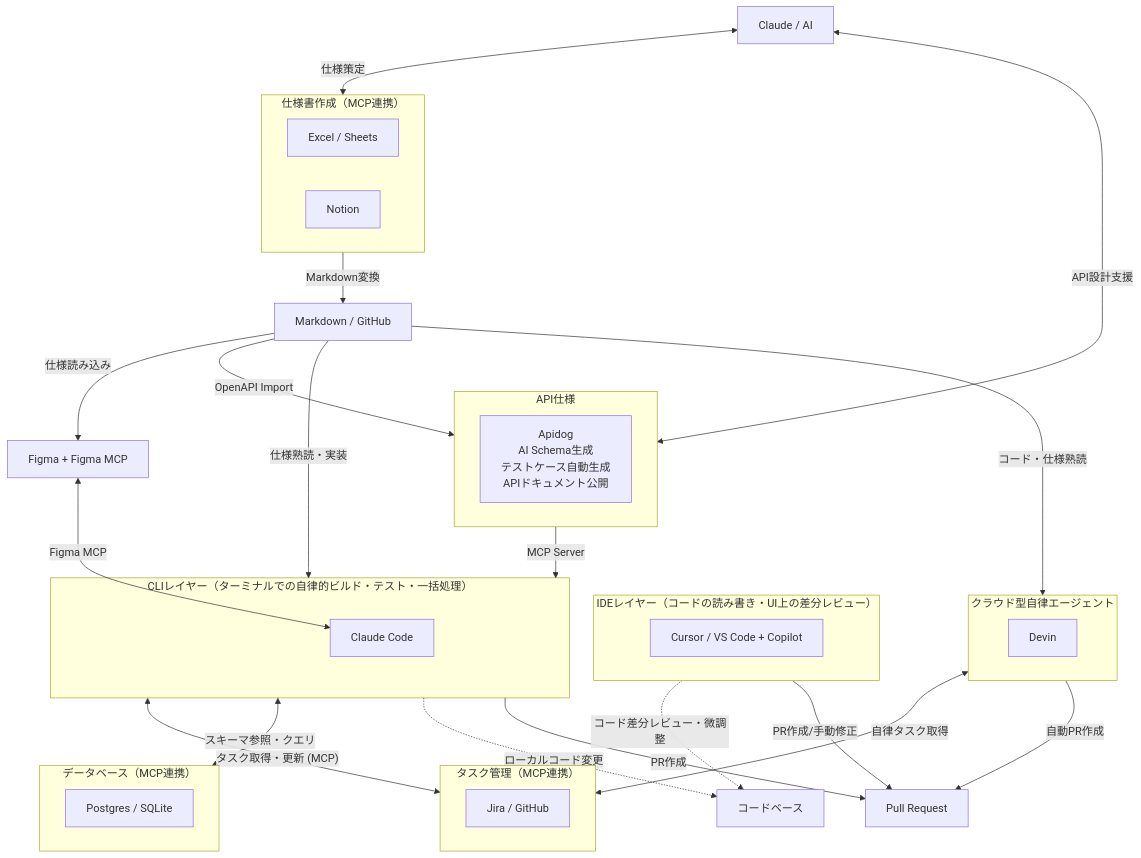
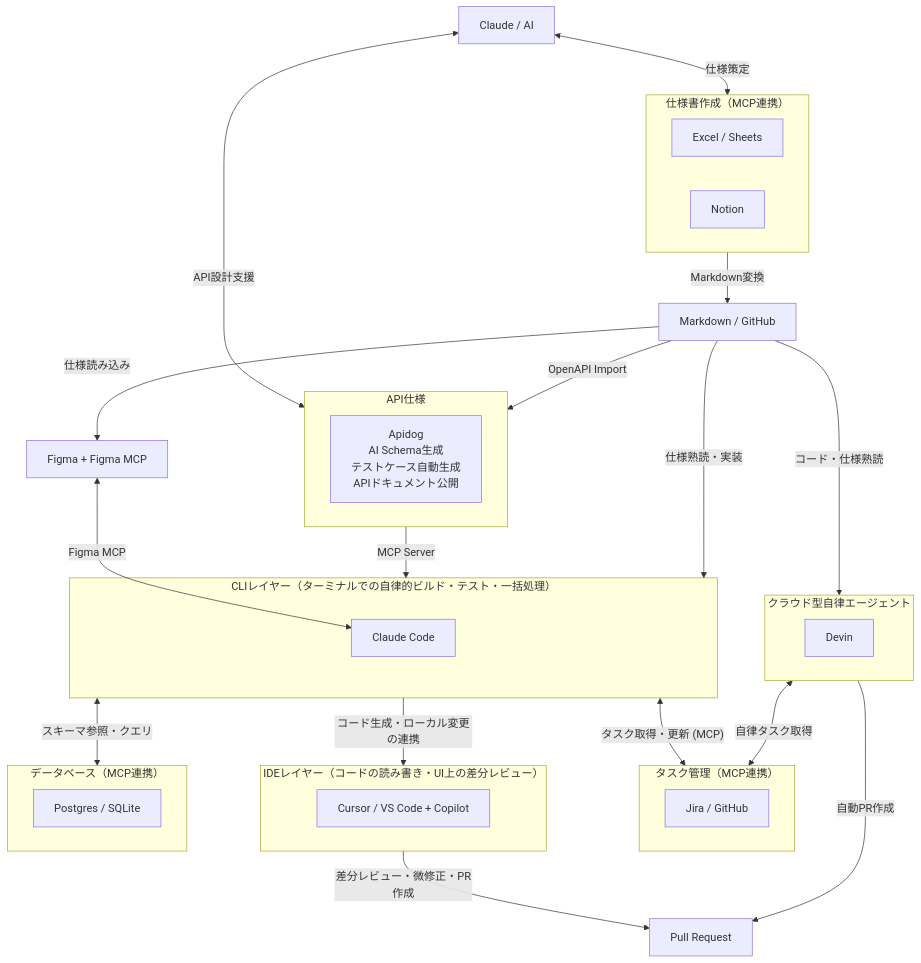
Before and after one commit to takuma39/ai: the first of 20 diagrams in AI駆動開発.md, drawn with Mermaid.

Commit message:
update: AI駆動開発.mdを更新

````diff
--- a/AI駆動開発.md
+++ b/AI駆動開発.md
@@ -70,54 +70,52 @@
 ```mermaid
 graph TD
     Claude["Claude / AI"]
 
     subgraph specs["仕様書作成（MCP連携）"]
         Excel["Excel / Sheets"]
         NotionTool["Notion"]
     end
 
     subgraph tasks["タスク管理（MCP連携）"]
         Jira["Jira / GitHub"]
     end
 
     subgraph apispec["API仕様"]
         Apidog["Apidog<br/>AI Schema生成<br/>テストケース自動生成<br/>APIドキュメント公開"]
     end
 
     MD["Markdown / GitHub"]
     Figma["Figma + Figma MCP"]
 
     subgraph ide["IDEレイヤー（コードの読み書き・UI上の差分レビュー）"]
         Cursor["Cursor / VS Code + Copilot"]
     end
 
     subgraph cli["CLIレイヤー（ターミナルでの自律的ビルド・テスト・一括処理）"]
         CC["Claude Code"]
     end
 
     subgraph saas_agent["クラウド型自律エージェント"]
         Devin["Devin"]
     end
 
     subgraph database["データベース（MCP連携）"]
         DB["Postgres / SQLite"]
     end
 
     Claude <-->|"仕様策定"| specs
     Claude <-->|"API設計支援"| apispec
     cli <-->|"タスク取得・更新 (MCP)"| tasks
     saas_agent <-->|"自律タスク取得"| tasks
     specs -->|"Markdown変換"| MD
     MD -->|"OpenAPI Import"| apispec
     apispec -->|"MCP Server"| cli
     MD -->|"仕様読み込み"| Figma
     Figma <-->|"Figma MCP"| CC
     MD -->|"仕様熟読・実装"| cli
     MD -->|"コード・仕様熟読"| saas_agent
     cli <-->|"スキーマ参照・クエリ"| database
-    cli -.->|"ローカルコード変更"| code["コードベース"]
-    ide -.->|"コード差分レビュー・微調整"| code
-    cli -->|"PR作成"| PR["Pull Request"]
-    ide -->|"PR作成/手動修正"| PR
+    cli -->|"コード生成・ローカル変更の連携"| ide
+    ide -->|"差分レビュー・微修正・PR作成"| PR["Pull Request"]
     saas_agent -->|"自動PR作成"| PR
 ```
````
